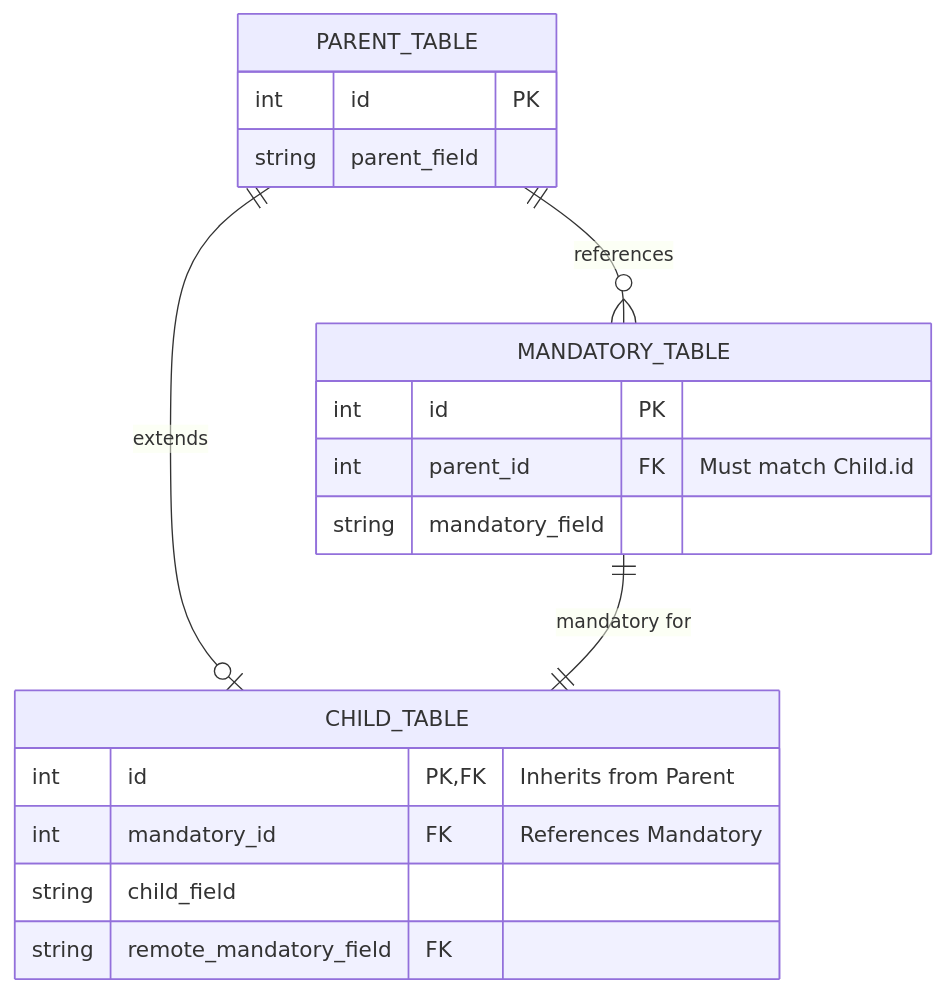
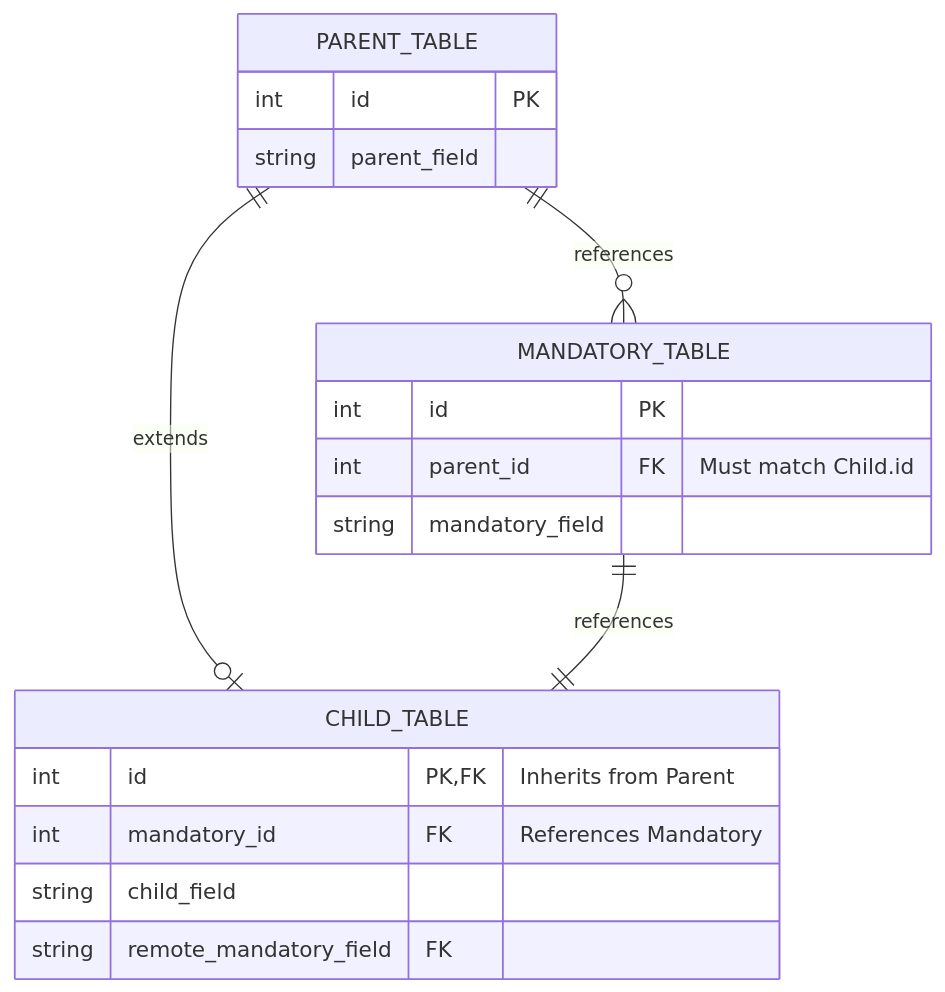
The fourth of 5 diagrams in README.md (LucaCappelletti94/diesel-builders), drawn with Mermaid before and after one commit. The commit also changed other lines of this file, not shown here.

Commit message:
Fixed typo in readme

````diff
--- a/README.md
+++ b/README.md
@@ -344,21 +344,21 @@
 ```mermaid
 erDiagram
     PARENT_TABLE ||--o{ MANDATORY_TABLE : references
     PARENT_TABLE ||--o| CHILD_TABLE : extends
-    MANDATORY_TABLE ||--|| CHILD_TABLE : "mandatory for"
+    MANDATORY_TABLE ||--|| CHILD_TABLE : "references"
     PARENT_TABLE {
         int id PK
         string parent_field
     }
     MANDATORY_TABLE {
         int id PK
         int parent_id FK "Must match Child.id"
         string mandatory_field
     }
     CHILD_TABLE {
         int id PK,FK "Inherits from Parent"
         int mandatory_id FK "References Mandatory"
         string child_field
         string remote_mandatory_field FK
     }
 ```
````
